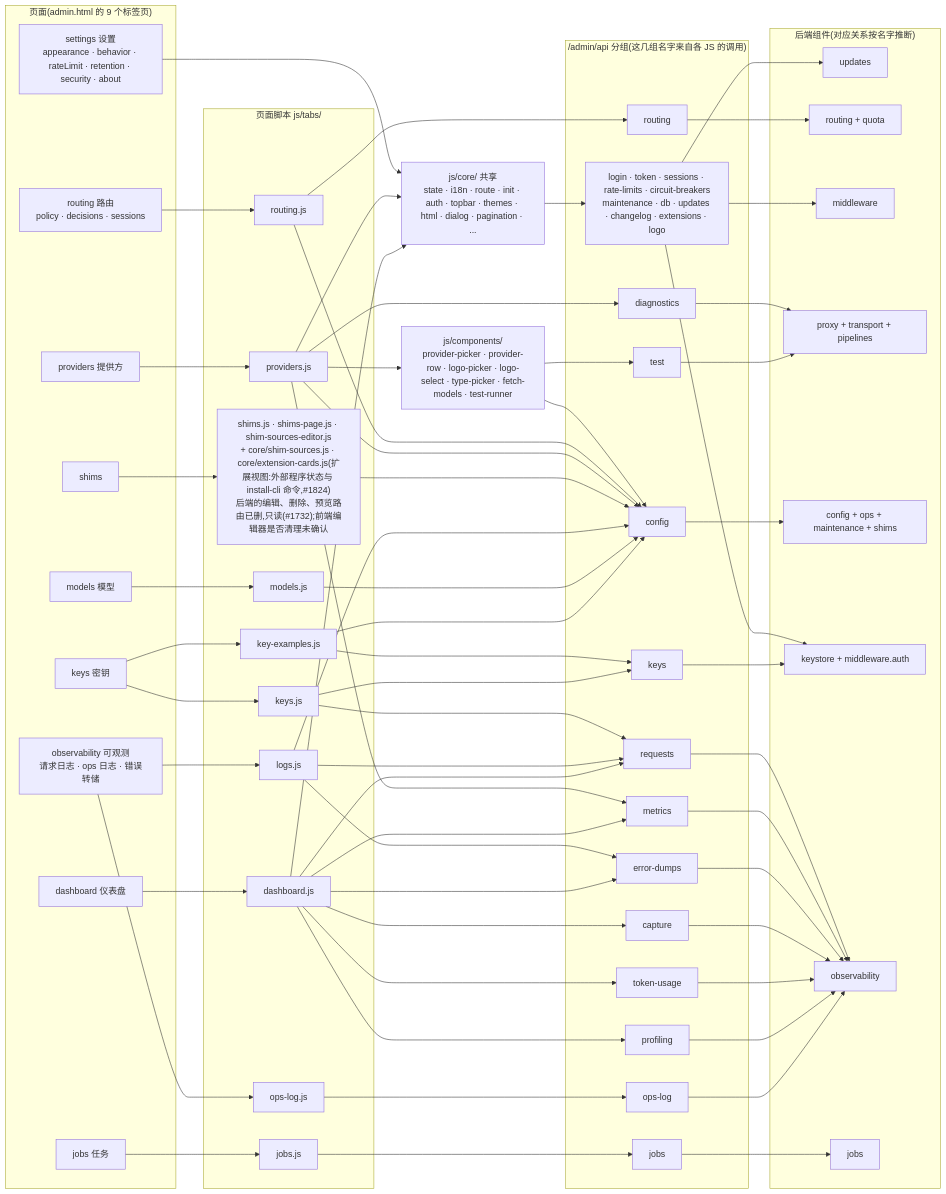
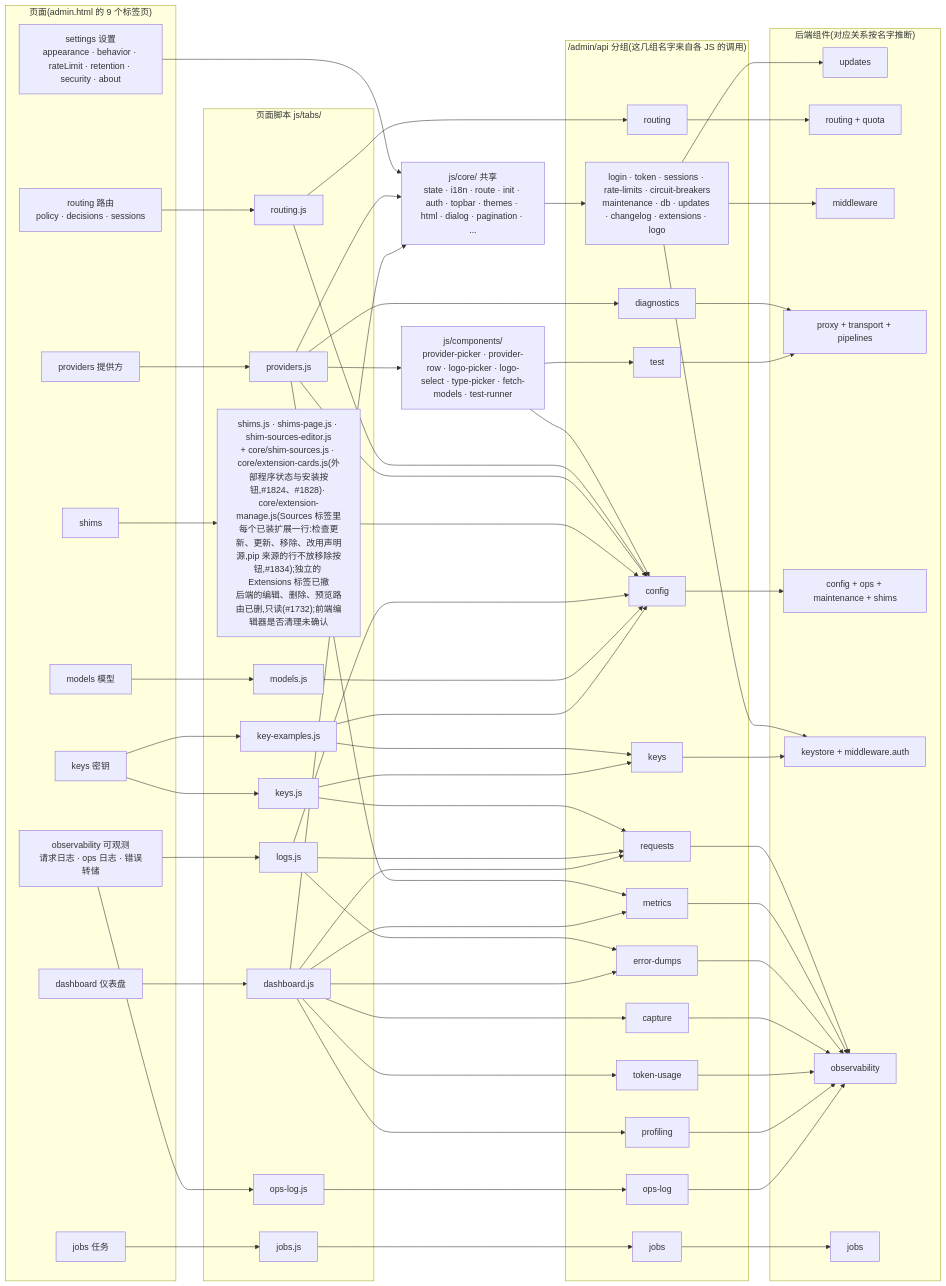
Before and after one commit to Oaklight/llm-rosetta: the diagram in admin.mmd, drawn with Mermaid. The commit also changed 8 other files, not shown here.

Commit message:
diagrams: node runtime, extension management on the Sources tab, ProviderNotReady leaf, admin_api fallback gone (#1825-#1828, #1832-#1834)

```diff
--- a/admin.mmd
+++ b/admin.mmd
@@ -1,107 +1,107 @@
 flowchart LR
   COMP["js/components/<br/>provider-picker · provider-row · logo-picker · logo-select · type-picker · fetch-models · test-runner"]
   subgraph APIS["/admin/api 分组(这几组名字来自各 JS 的调用)"]
     A_CFG["config"]
     A_JOBS["jobs"]
     A_KEYS["keys"]
     A_CAP["capture"]
     A_REQ["requests"]
     A_TOK["token-usage"]
     A_DUMP["error-dumps"]
     A_TEST["test"]
     A_DIAG["diagnostics"]
     A_OTHER["login · token · sessions · rate-limits · circuit-breakers<br/>maintenance · db · updates · changelog · extensions · logo"]
     A_OPS["ops-log"]
     A_MET["metrics"]
     A_PROF["profiling"]
     A_ROUTE["routing"]
   end
   subgraph PAGES["页面(admin.html 的 9 个标签页)"]
     P_SET["settings 设置<br/>appearance · behavior · rateLimit · retention · security · about"]
     P_OBS["observability 可观测<br/>请求日志 · ops 日志 · 错误转储"]
     P_JOBS["jobs 任务"]
     P_KEYS["keys 密钥"]
     P_PROV["providers 提供方"]
     P_ROUTE["routing 路由<br/>policy · decisions · sessions"]
     P_SHIM["shims"]
     P_DASH["dashboard 仪表盘"]
     P_MOD["models 模型"]
   end
   subgraph BACK["后端组件(对应关系按名字推断)"]
     B_UPD["updates"]
     B_ROUTE["routing + quota"]
     B_MW["middleware"]
     B_REQ["proxy + transport + pipelines"]
     B_CFG["config + ops + maintenance + shims"]
     B_KS["keystore + middleware.auth"]
     B_OBS["observability"]
     B_JOBS["jobs"]
   end
   subgraph TABJS["页面脚本 js/tabs/"]
     T_DASH["dashboard.js"]
     T_LOGS["logs.js"]
-    T_SHIMS["shims.js · shims-page.js · shim-sources-editor.js<br/>+ core/shim-sources.js · core/extension-cards.js(扩展视图:外部程序状态与 install-cli 命令,#1824)<br/>后端的编辑、删除、预览路由已删,只读(#1732);前端编辑器是否清理未确认"]
+    T_SHIMS["shims.js · shims-page.js · shim-sources-editor.js<br/>+ core/shim-sources.js · core/extension-cards.js(外部程序状态与安装按钮,#1824、#1828)· core/extension-manage.js(Sources 标签里每个已装扩展一行:检查更新、更新、移除、改用声明源,pip 来源的行不放移除按钮,#1834);独立的 Extensions 标签已撤<br/>后端的编辑、删除、预览路由已删,只读(#1732);前端编辑器是否清理未确认"]
     T_OPS["ops-log.js"]
     T_MOD["models.js"]
     T_ROUTE["routing.js"]
     T_KEX["key-examples.js"]
     T_KEYS["keys.js"]
     T_PROV["providers.js"]
     T_JOBS["jobs.js"]
   end
   SHARED["js/core/ 共享<br/>state · i18n · route · init · auth · topbar · themes · html · dialog · pagination · ..."]
   P_SET --> SHARED
   T_KEYS --> A_REQ
   P_MOD --> T_MOD
   P_DASH --> T_DASH
   T_ROUTE --> A_ROUTE
   A_REQ --> B_OBS
   P_JOBS --> T_JOBS
   COMP --> A_CFG
   T_DASH --> A_PROF
   T_ROUTE --> A_CFG
   T_LOGS --> A_DUMP
   A_MET --> B_OBS
   T_PROV --> A_DIAG
   A_CFG --> B_CFG
   T_PROV --> A_CFG
   A_OTHER --> B_KS
   P_ROUTE --> T_ROUTE
   T_LOGS --> A_REQ
   P_SHIM --> T_SHIMS
   T_DASH --> A_DUMP
   A_DIAG --> B_REQ
   T_DASH --> A_TOK
   T_OPS --> A_OPS
   P_KEYS --> T_KEX
   A_DUMP --> B_OBS
   A_ROUTE --> B_ROUTE
   SHARED --> A_OTHER
   A_CAP --> B_OBS
   P_PROV --> T_PROV
   T_SHIMS --> A_CFG
   T_LOGS --> A_CFG
   T_KEX --> A_KEYS
   A_OTHER --> B_UPD
   T_KEYS --> A_KEYS
   A_KEYS --> B_KS
   T_MOD --> A_CFG
   T_KEX --> A_CFG
   P_OBS --> T_OPS
   T_DASH --> A_CAP
   P_OBS --> T_LOGS
   T_JOBS --> A_JOBS
   A_JOBS --> B_JOBS
   T_PROV --> SHARED
   T_PROV --> A_MET
   P_KEYS --> T_KEYS
   A_TOK --> B_OBS
   T_DASH --> SHARED
   COMP --> A_TEST
   A_OTHER --> B_MW
   A_PROF --> B_OBS
   A_TEST --> B_REQ
   T_PROV --> COMP
   T_DASH --> A_MET
   A_OPS --> B_OBS
   T_DASH --> A_REQ
```
